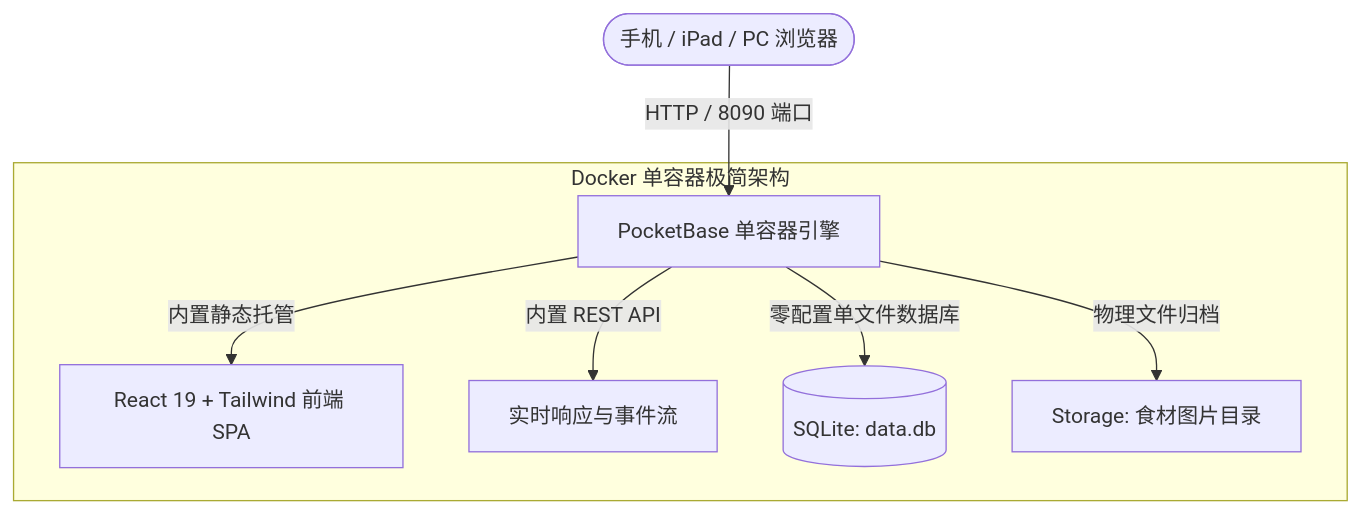
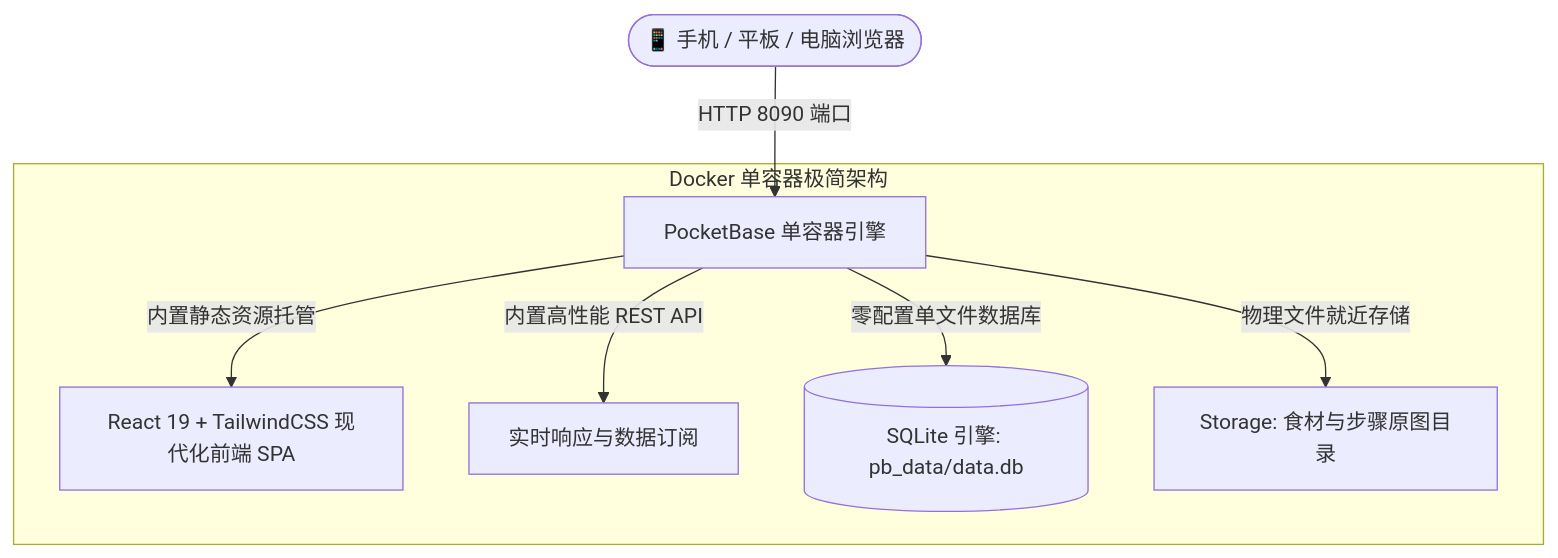
Before and after one commit to DaveChanDev/chowtime: the diagram in README.md, drawn with Mermaid. The commit also changed other lines of this file, not shown here.

````diff
--- a/README.md
+++ b/README.md
@@ -42,10 +72,10 @@
 ```mermaid
 graph TD
-    User([手机 / iPad / PC 浏览器]) -->|HTTP / 8090 端口| PB[PocketBase 单容器引擎]
-    subgraph Container [Docker 单容器极简架构]
-        PB -->|内置静态托管| FE[React 19 + Tailwind 前端 SPA]
-        PB -->|内置 REST API| API[实时响应与事件流]
-        PB -->|零配置单文件数据库| DB[(SQLite: data.db)]
-        PB -->|物理文件归档| FS[Storage: 食材图片目录]
+    User([📱 手机 / 平板 / 电脑浏览器]) -->|HTTP 8090 端口| PB[PocketBase 单容器引擎]
+    subgraph Docker 单容器极简架构
+        PB -->|内置静态资源托管| FE[React 19 + TailwindCSS 现代化前端 SPA]
+        PB -->|内置高性能 REST API| API[实时响应与数据订阅]
+        PB -->|零配置单文件数据库| DB[(SQLite 引擎: pb_data/data.db)]
+        PB -->|物理文件就近存储| FS[Storage: 食材与步骤原图目录]
     end
 ```
````
